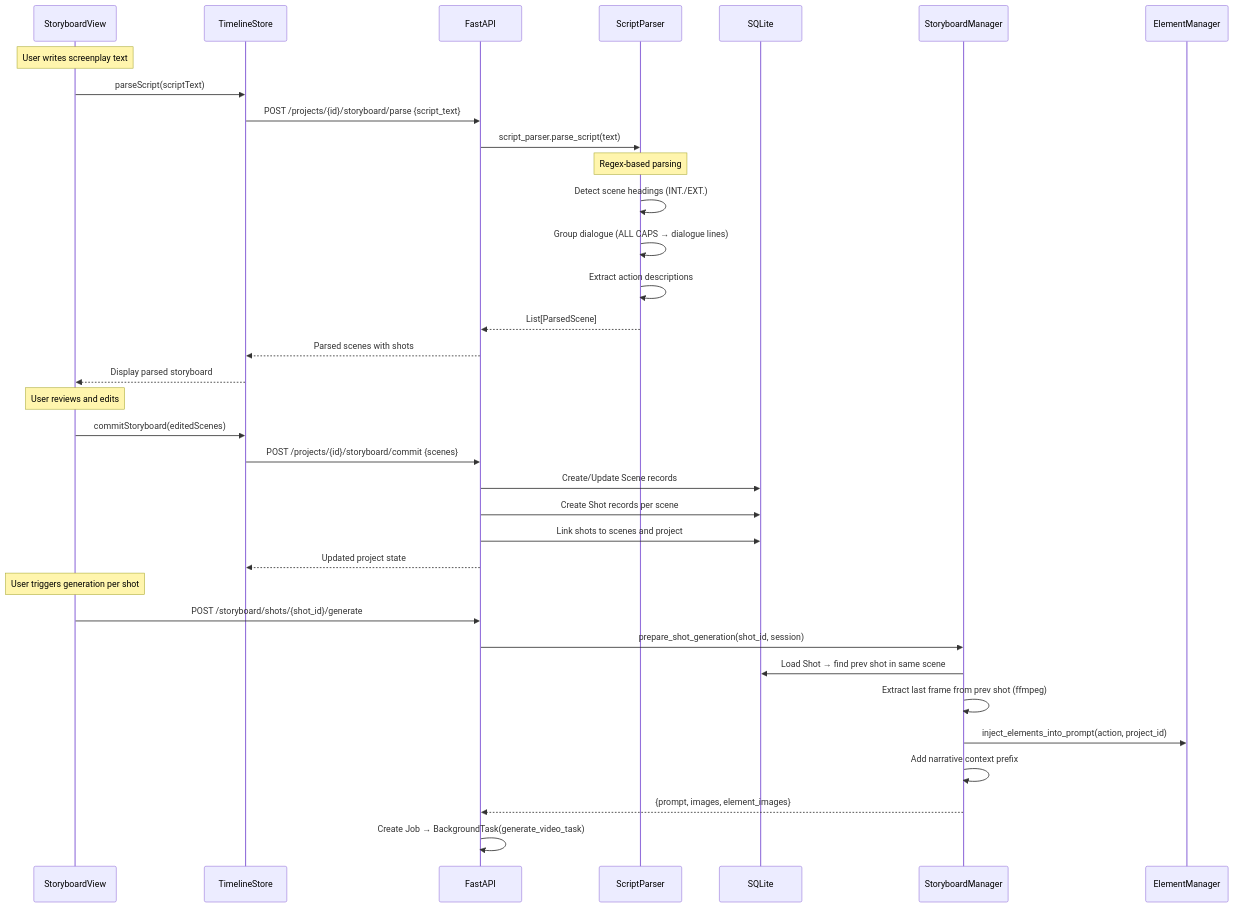
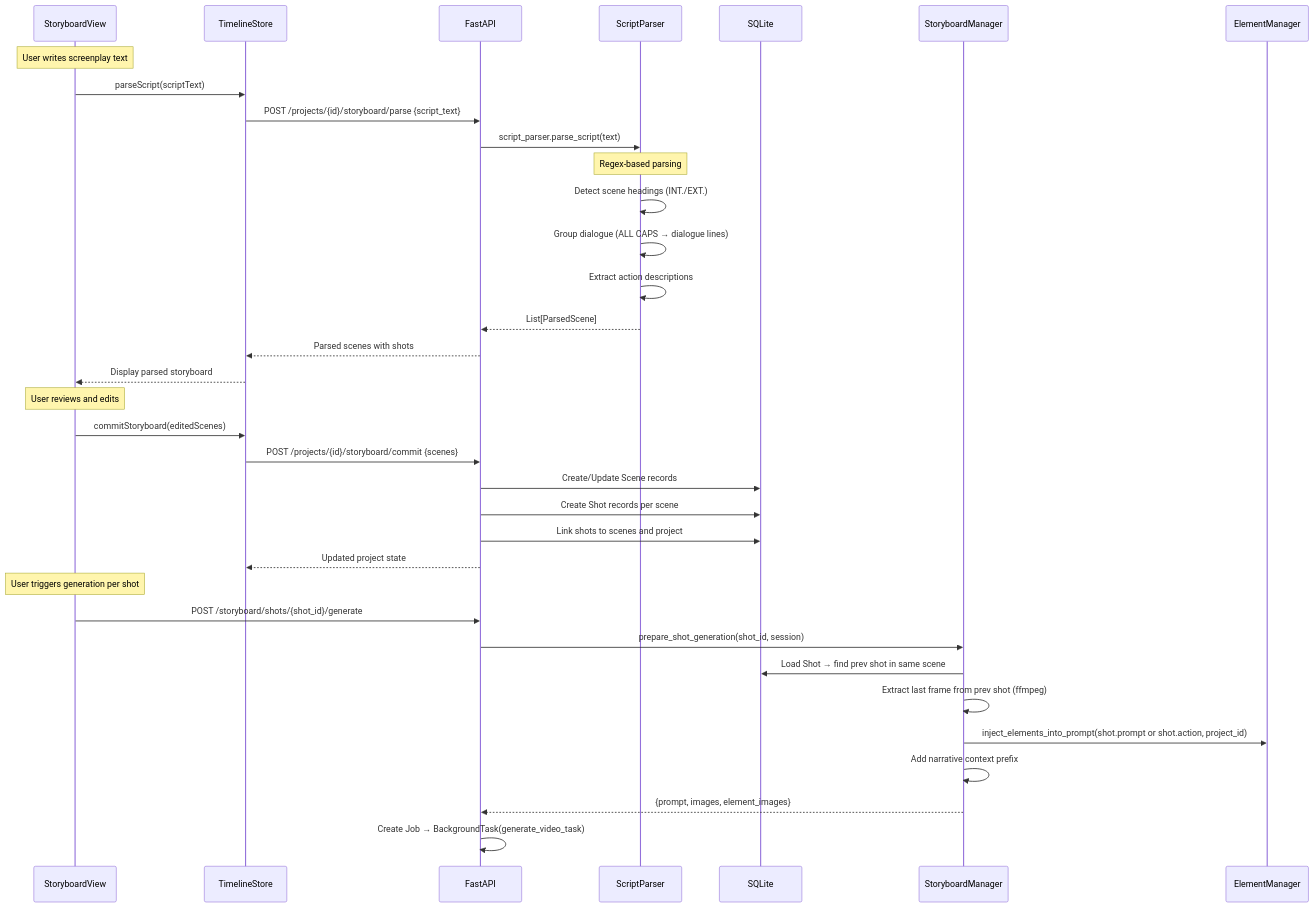
The sixth of 11 diagrams in docs/05_execution_flow.md (mainza-ai/milimovideo), drawn with Mermaid before and after one commit. The commit also changed other lines of this file and 2 other files, not shown here.

Commit message:
docs: Document LTX-2 505 frame limit, VLM JSON character sheet handling, and shot prompt prioritization

````diff
--- a/docs/05_execution_flow.md
+++ b/docs/05_execution_flow.md
@@ -297,43 +297,43 @@
 ```mermaid
 sequenceDiagram
     participant UI as StoryboardView
     participant Store as TimelineStore
     participant API as FastAPI
     participant Parser as ScriptParser
     participant DB as SQLite
     participant SBMgr as StoryboardManager
     participant ElMgr as ElementManager
 
     Note over UI: User writes screenplay text
     UI->>Store: parseScript(scriptText)
     Store->>API: POST /projects/{id}/storyboard/parse {script_text}
     API->>Parser: script_parser.parse_script(text)
     
     Note over Parser: Regex-based parsing
     Parser->>Parser: Detect scene headings (INT./EXT.)
     Parser->>Parser: Group dialogue (ALL CAPS → dialogue lines)
     Parser->>Parser: Extract action descriptions
     Parser-->>API: List[ParsedScene]
     API-->>Store: Parsed scenes with shots
     Store-->>UI: Display parsed storyboard
 
     Note over UI: User reviews and edits
     
     UI->>Store: commitStoryboard(editedScenes)
     Store->>API: POST /projects/{id}/storyboard/commit {scenes}
     
     API->>DB: Create/Update Scene records
     API->>DB: Create Shot records per scene
     API->>DB: Link shots to scenes and project
     API-->>Store: Updated project state
     
     Note over UI: User triggers generation per shot
     UI->>API: POST /storyboard/shots/{shot_id}/generate
     API->>SBMgr: prepare_shot_generation(shot_id, session)
     SBMgr->>DB: Load Shot → find prev shot in same scene
     SBMgr->>SBMgr: Extract last frame from prev shot (ffmpeg)
-    SBMgr->>ElMgr: inject_elements_into_prompt(action, project_id)
+    SBMgr->>ElMgr: inject_elements_into_prompt(shot.prompt or shot.action, project_id)
     SBMgr->>SBMgr: Add narrative context prefix
     SBMgr-->>API: {prompt, images, element_images}
     API->>API: Create Job → BackgroundTask(generate_video_task)
 ```
````
